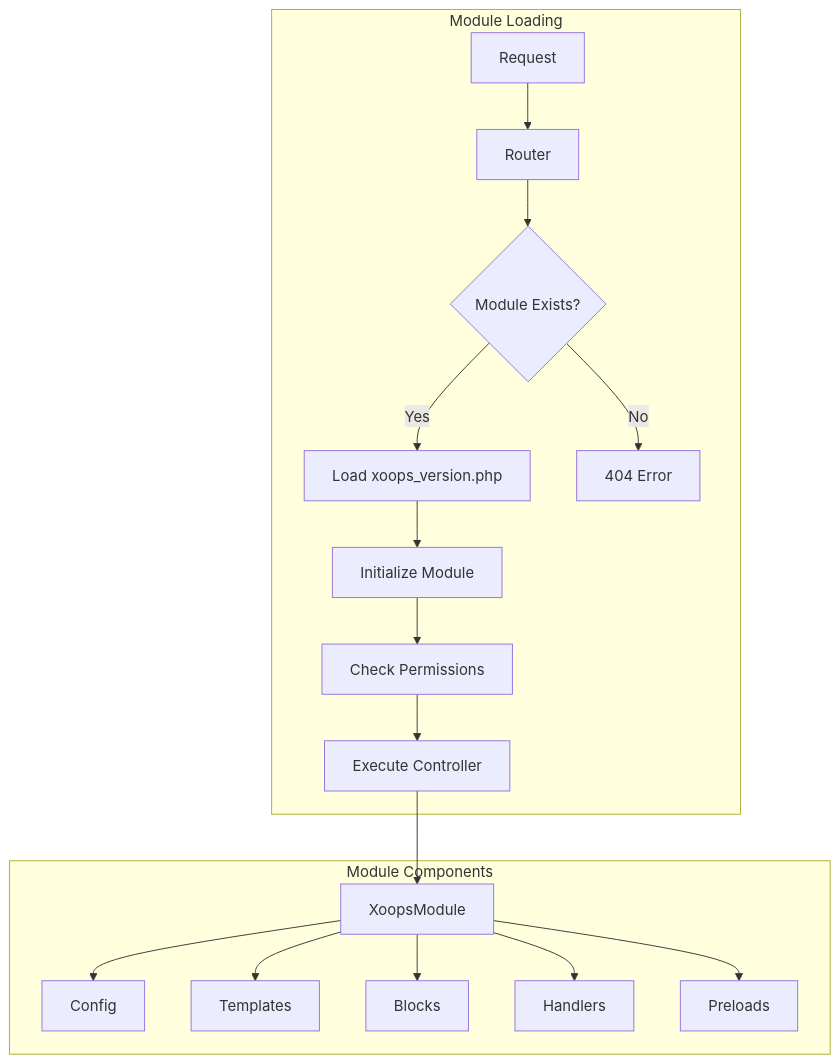
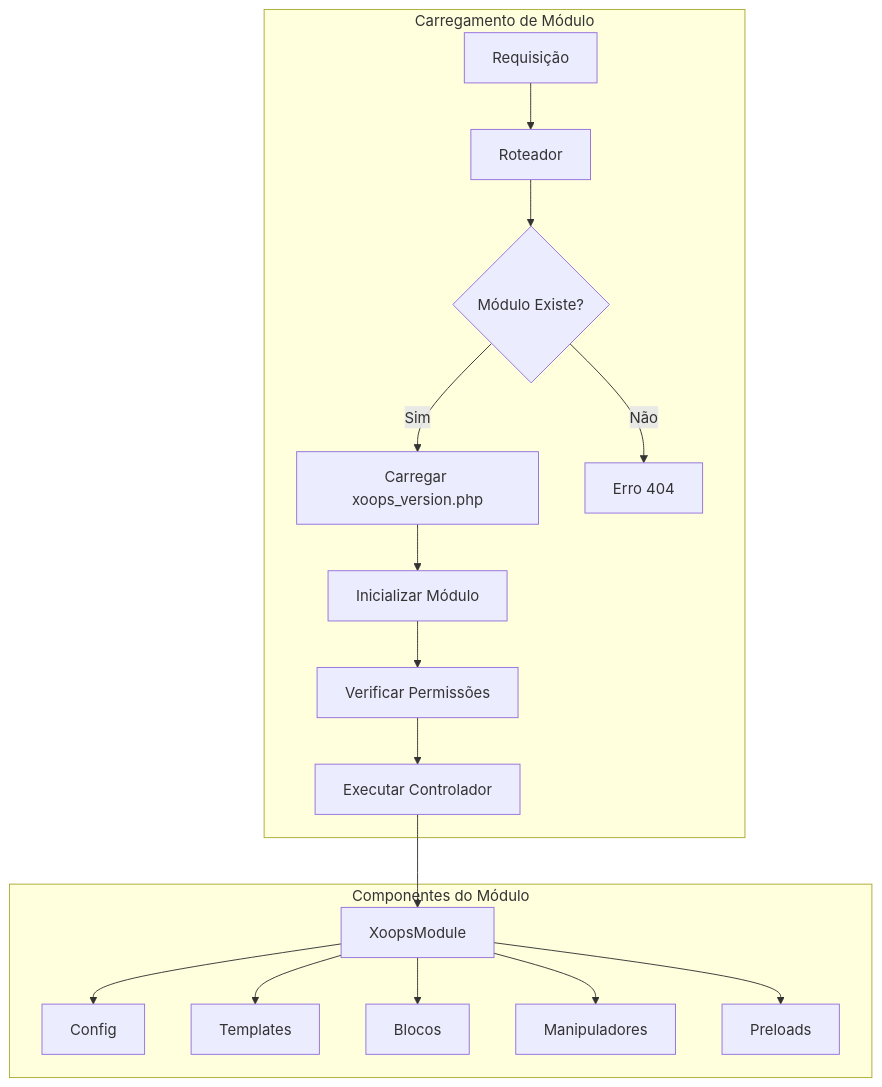
One commit to mambax7/xoops-docs changed the first of 3 diagrams in apps/docs-27/src/content/docs/pt/api-reference/module/xoops-module.md. Above: the diagram before and after it, drawn with Mermaid. The commit also changed other lines of this file and 162 other files, not shown here.

````diff
--- a/apps/docs-27/src/content/docs/pt/api-reference/module/xoops-module.md
+++ b/apps/docs-27/src/content/docs/pt/api-reference/module/xoops-module.md
@@ -12,22 +12,22 @@
 ```mermaid
 graph TB
-    subgraph "Module Loading"
-        A[Request] --> B[Router]
-        B --> C{Module Exists?}
-        C -->|Yes| D[Load xoops_version.php]
-        C -->|No| E[404 Error]
-        D --> F[Initialize Module]
-        F --> G[Check Permissions]
-        G --> H[Execute Controller]
+    subgraph "Carregamento de Módulo"
+        A[Requisição] --> B[Roteador]
+        B --> C{Módulo Existe?}
+        C -->|Sim| D[Carregar xoops_version.php]
+        C -->|Não| E[Erro 404]
+        D --> F[Inicializar Módulo]
+        F --> G[Verificar Permissões]
+        G --> H[Executar Controlador]
     end
 
-    subgraph "Module Components"
+    subgraph "Componentes do Módulo"
         I[XoopsModule] --> J[Config]
         I --> K[Templates]
-        I --> L[Blocks]
-        I --> M[Handlers]
+        I --> L[Blocos]
+        I --> M[Manipuladores]
         I --> N[Preloads]
     end
 
     H --> I
 ```
````
